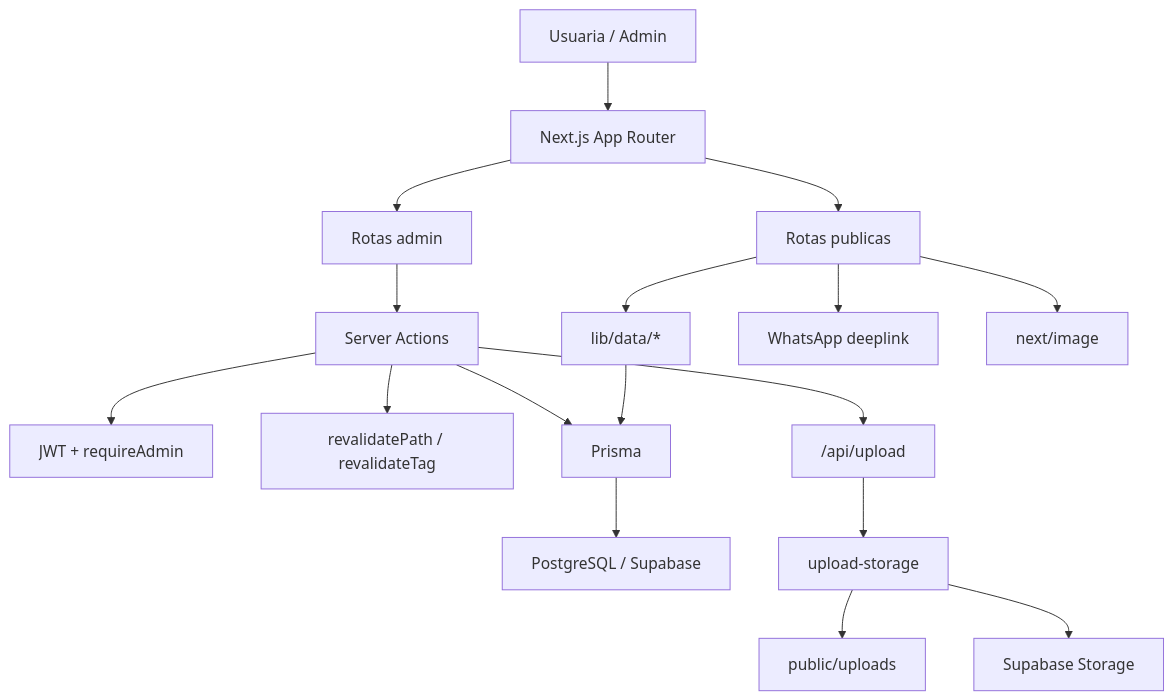
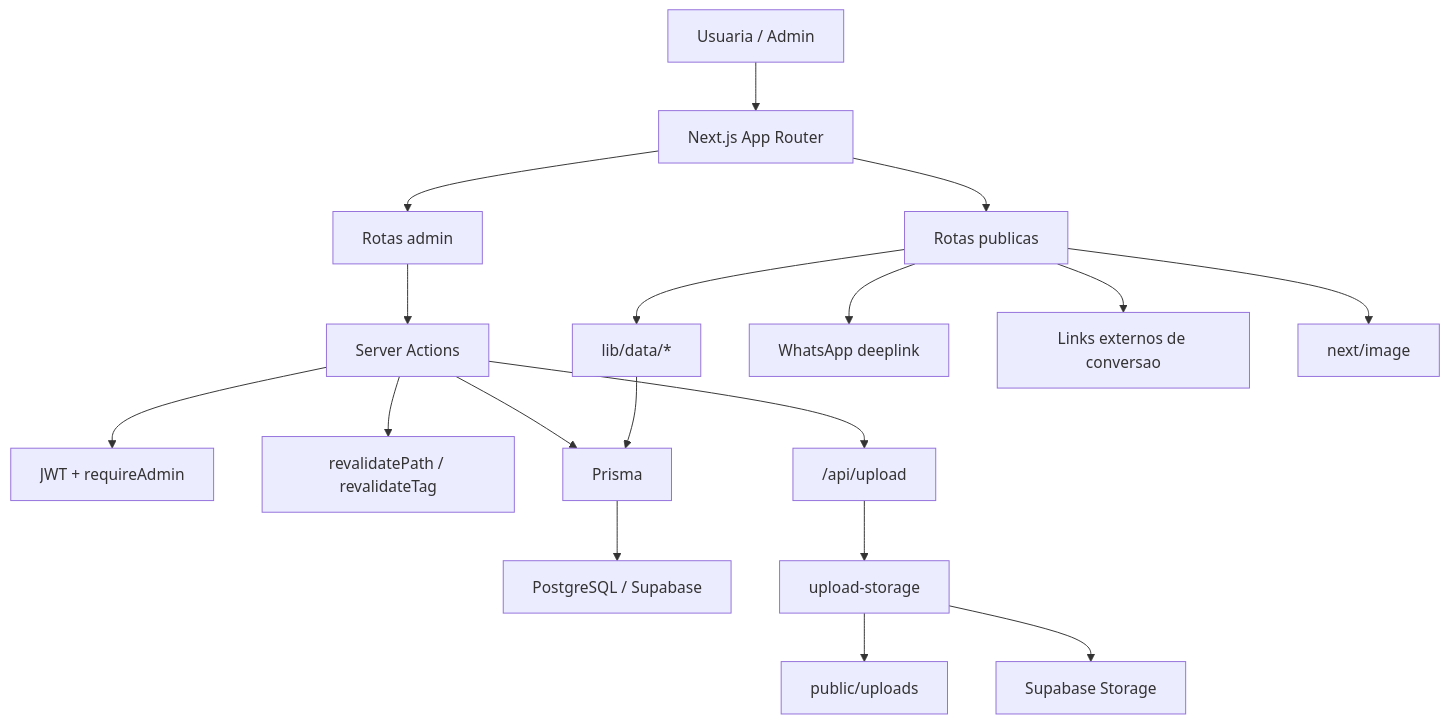
One commit to Jampras/Eliane-Marques changed the diagram in docs/DOCUMENTACAO_TECNICA_ELIANE_MARQUES.md. Above: the diagram before and after it, drawn with Mermaid. The commit also changed other lines of this file and 12 other files, not shown here.

````diff
--- a/docs/DOCUMENTACAO_TECNICA_ELIANE_MARQUES.md
+++ b/docs/DOCUMENTACAO_TECNICA_ELIANE_MARQUES.md
@@ -54,19 +55,20 @@
 ```mermaid
 flowchart TD
     U["Usuaria / Admin"] --> FE["Next.js App Router"]
     FE --> PUB["Rotas publicas"]
     FE --> ADM["Rotas admin"]
     ADM --> ACT["Server Actions"]
     ACT --> AUTH["JWT + requireAdmin"]
     ACT --> CACHE["revalidatePath / revalidateTag"]
     PUB --> DATA["lib/data/*"]
     DATA --> PRISMA["Prisma"]
     ACT --> PRISMA
     PRISMA --> DB["PostgreSQL / Supabase"]
     ACT --> UP["/api/upload"]
     UP --> ST["upload-storage"]
     ST --> LOCAL["public/uploads"]
     ST --> SUPA["Supabase Storage"]
     PUB --> WA["WhatsApp deeplink"]
+    PUB --> EXT["Links externos de conversao"]
     PUB --> IMG["next/image"]
 ```
````
